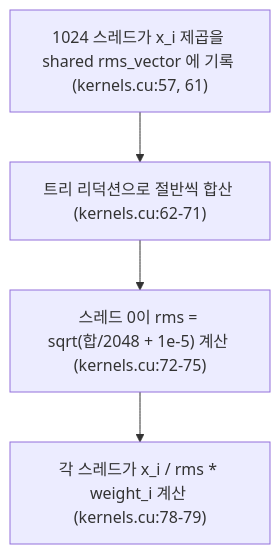
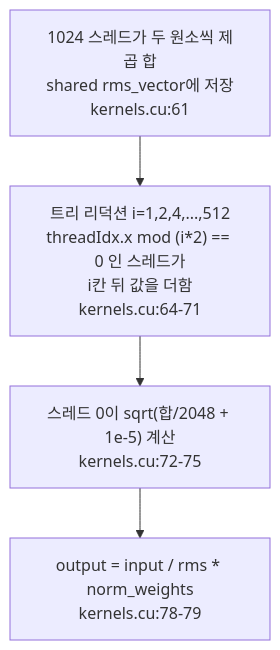
One commit to ryujaehun/ryujaehun.github.io changed the second of 2 diagrams in data/code-series/jmaczan--tiny-vllm/articles/ko-03.md. Above: the diagram before and after it, drawn with Mermaid. The commit also changed other lines of this file and 13 other files, not shown here.

````diff
--- a/data/code-series/jmaczan--tiny-vllm/articles/ko-03.md
+++ b/data/code-series/jmaczan--tiny-vllm/articles/ko-03.md
@@ -97,8 +117,6 @@
 ```mermaid
 flowchart TD
-    S0["1024 스레드가 x_i 제곱을 shared rms_vector 에 기록 (kernels.cu:57, 61)"]
-    S1["트리 리덕션으로 절반씩 합산 (kernels.cu:62-71)"]
-    S2["스레드 0이 rms = sqrt(합/2048 + 1e-5) 계산 (kernels.cu:72-75)"]
-    S3["각 스레드가 x_i / rms * weight_i 계산 (kernels.cu:78-79)"]
-    S0 --> S1 --> S2 --> S3
+    A["1024 스레드가 두 원소씩 제곱 합<br/>shared rms_vector에 저장<br/>kernels.cu:61"] --> B["트리 리덕션 i=1,2,4,...,512<br/>threadIdx.x mod (i*2) == 0 인 스레드가<br/>i칸 뒤 값을 더함<br/>kernels.cu:64-71"]
+    B --> C["스레드 0이 sqrt(합/2048 + 1e-5) 계산<br/>kernels.cu:72-75"]
+    C --> D["output = input / rms * norm_weights<br/>kernels.cu:78-79"]
 ```
````
